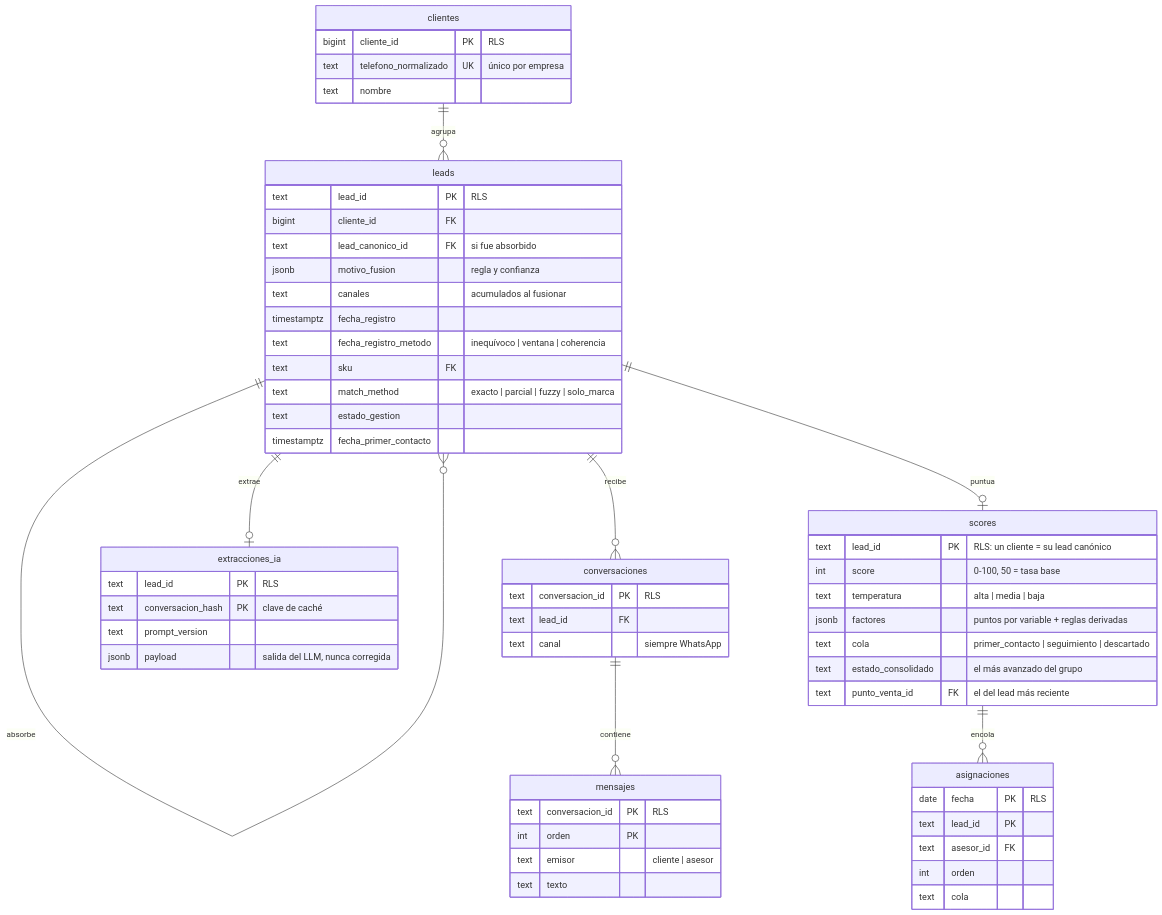
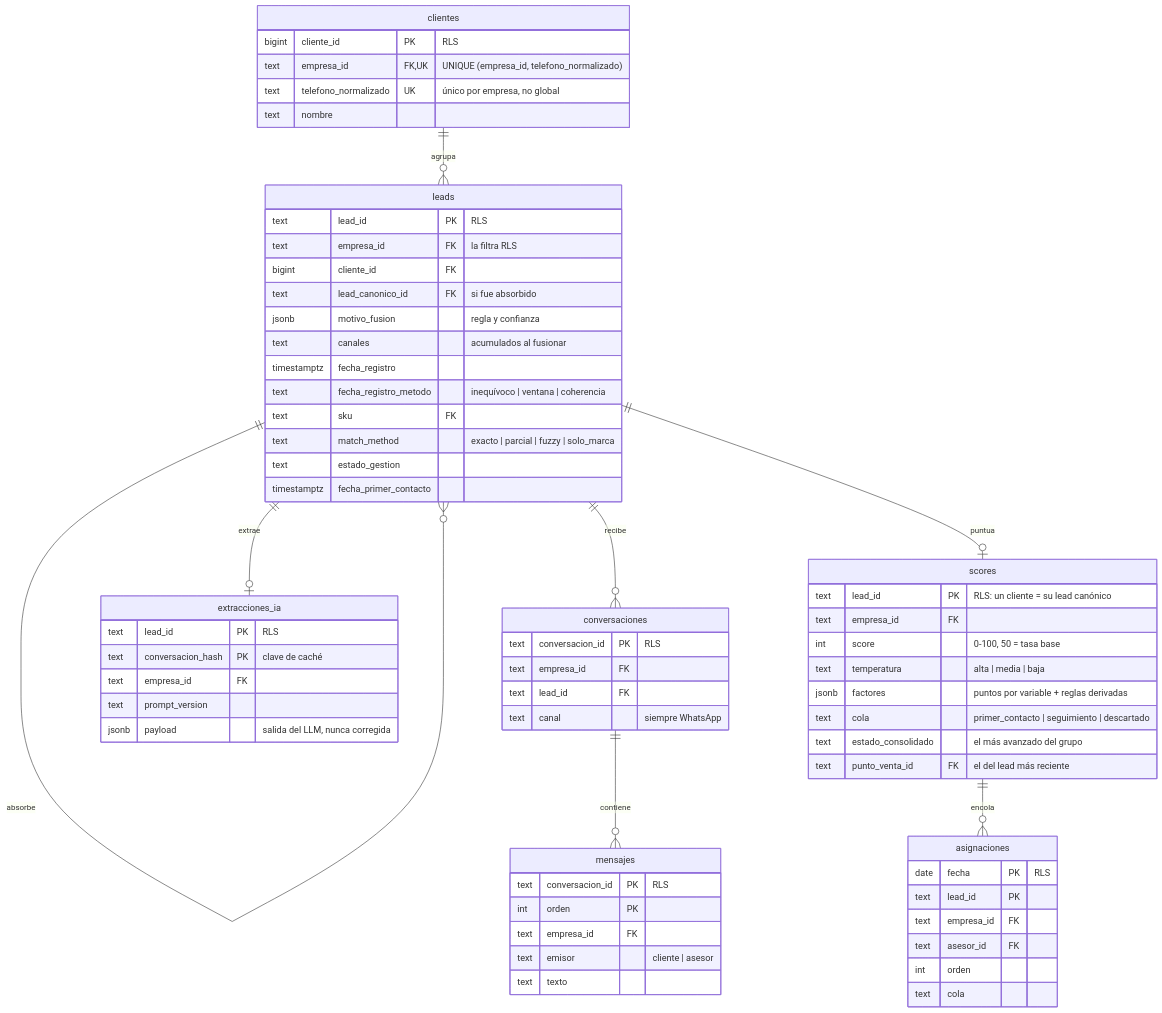
One commit to esalgo/Assessment-Analista-IA changed the second of 4 diagrams in docs/arquitectura.md. Above: the diagram before and after it, drawn with Mermaid. The commit also changed other lines of this file and 5 other files, not shown here.

````diff
--- a/docs/arquitectura.md
+++ b/docs/arquitectura.md
@@ -61,62 +61,69 @@
 ```mermaid
 erDiagram
     clientes ||--o{ leads : agrupa
     leads ||--o{ leads : absorbe
     leads ||--o{ conversaciones : recibe
     conversaciones ||--o{ mensajes : contiene
     leads ||--o| extracciones_ia : extrae
     leads ||--o| scores : puntua
     scores ||--o{ asignaciones : encola
 
     clientes {
         bigint cliente_id PK "RLS"
-        text telefono_normalizado UK "único por empresa"
+        text empresa_id FK, UK "UNIQUE (empresa_id, telefono_normalizado)"
+        text telefono_normalizado UK "único por empresa, no global"
         text nombre
     }
     leads {
         text lead_id PK "RLS"
+        text empresa_id FK "la filtra RLS"
         bigint cliente_id FK
         text lead_canonico_id FK "si fue absorbido"
         jsonb motivo_fusion "regla y confianza"
         text canales "acumulados al fusionar"
         timestamptz fecha_registro
         text fecha_registro_metodo "inequívoco | ventana | coherencia"
         text sku FK
         text match_method "exacto | parcial | fuzzy | solo_marca"
         text estado_gestion
         timestamptz fecha_primer_contacto
     }
     conversaciones {
         text conversacion_id PK "RLS"
+        text empresa_id FK
         text lead_id FK
         text canal "siempre WhatsApp"
     }
     mensajes {
         text conversacion_id PK "RLS"
         int orden PK
+        text empresa_id FK
         text emisor "cliente | asesor"
         text texto
     }
     extracciones_ia {
         text lead_id PK "RLS"
         text conversacion_hash PK "clave de caché"
+        text empresa_id FK
         text prompt_version
         jsonb payload "salida del LLM, nunca corregida"
     }
     scores {
         text lead_id PK "RLS: un cliente = su lead canónico"
+        text empresa_id FK
         int score "0-100, 50 = tasa base"
         text temperatura "alta | media | baja"
         jsonb factores "puntos por variable + reglas derivadas"
         text cola "primer_contacto | seguimiento | descartado"
         text estado_consolidado "el más avanzado del grupo"
         text punto_venta_id FK "el del lead más reciente"
     }
     asignaciones {
         date fecha PK "RLS"
         text lead_id PK
+        text empresa_id FK
         text asesor_id FK
         int orden
         text cola
     }
 ```
````
